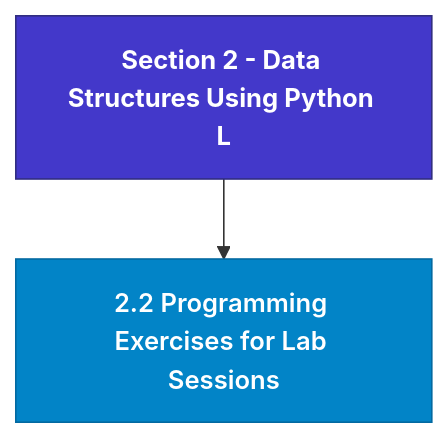
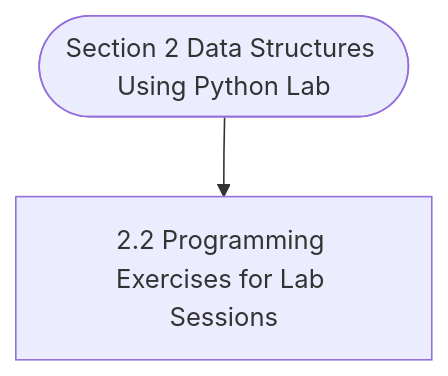
One commit to Asutosh-Coaching/mscdsa changed the diagram in notes/Semester_1/MCSL-064_Data_Structures_using_Python_Lab/unit_02_Data_Structures_Using_Python_Lab.md. Above: the diagram before and after it, drawn with Mermaid. The commit also changed other lines of this file and 115 other files, not shown here.

Commit message:
Fix Mermaid layout for mobile, isolate LaTeX delimiters, and add GitHub Pages reader

````diff
--- a/notes/Semester_1/MCSL-064_Data_Structures_using_Python_Lab/unit_02_Data_Structures_Using_Python_Lab.md
+++ b/notes/Semester_1/MCSL-064_Data_Structures_using_Python_Lab/unit_02_Data_Structures_Using_Python_Lab.md
@@ -19,11 +19,6 @@
 ```mermaid
 flowchart TD
-  %% Styling Definitions
-  classDef head fill:#4338ca,stroke:#312e81,color:#ffffff,font-weight:bold;
-  classDef topic fill:#0284c7,stroke:#0369a1,color:#ffffff,font-weight:600;
-  classDef sub fill:#1e293b,stroke:#475569,color:#f8fafc;
-
-  Root["Section 2 - Data Structures Using Python L"]:::head
-  M1["2.2 Programming Exercises for Lab Sessions"]:::topic
-  Root --> M1
+  Start(["Section 2 Data Structures Using Python Lab"])
+  N1["2.2 Programming Exercises for Lab Sessions"]
+  Start --> N1
 ```
````
